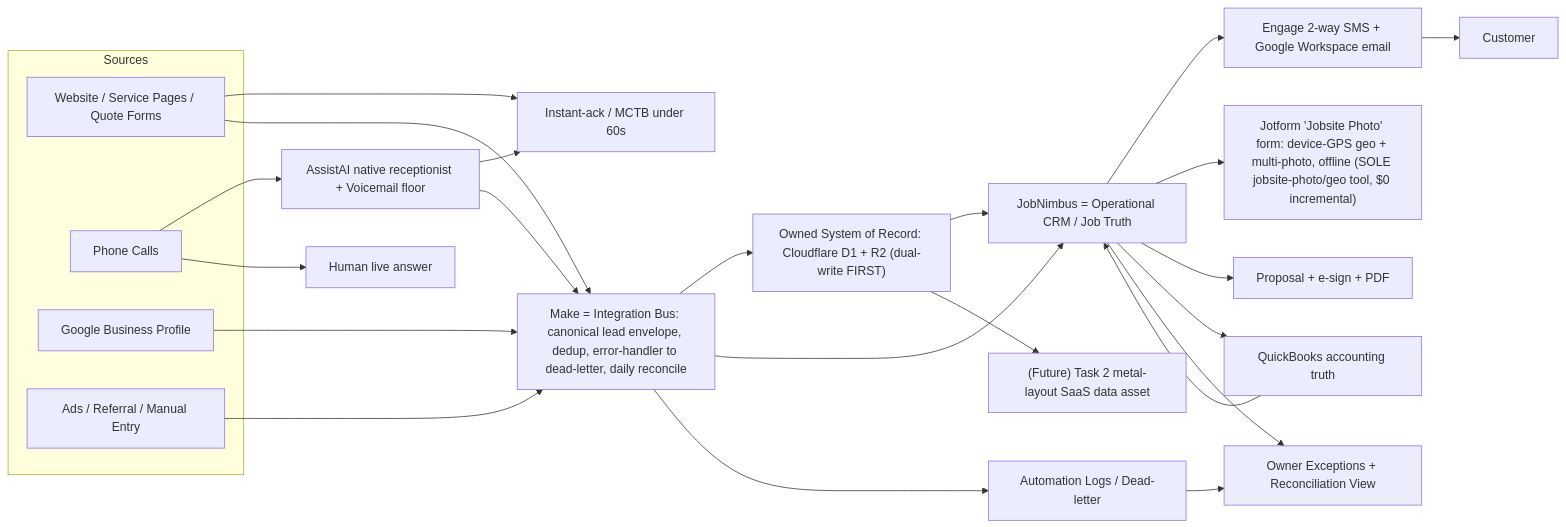
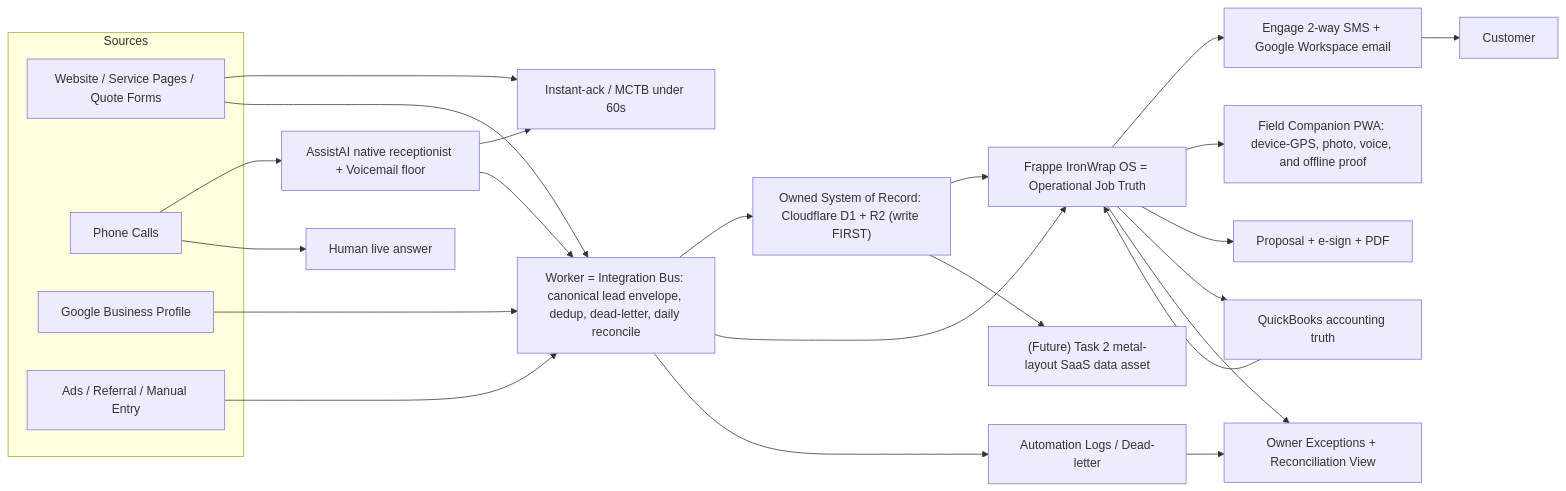
One commit to Iron-Wrap/ironwrap-os changed the first of 3 diagrams in final-spec-pack/01-system-architecture.md. Above: the diagram before and after it, drawn with Mermaid. The commit also changed other lines of this file and 42 other files, not shown here.

````diff
--- a/final-spec-pack/01-system-architecture.md
+++ b/final-spec-pack/01-system-architecture.md
@@ -10,34 +16,34 @@
 ```mermaid
 flowchart LR
   subgraph Sources
     Web["Website / Service Pages / Quote Forms"]
     Phone["Phone Calls"]
     GBP["Google Business Profile"]
     Refs["Ads / Referral / Manual Entry"]
   end
 
   Phone --> AssistAI["AssistAI native receptionist + Voicemail floor"]
   Phone --> Human["Human live answer"]
   AssistAI --> MCTB["Instant-ack / MCTB under 60s"]
   Web --> MCTB
   Web --> Bus
   AssistAI --> Bus
   GBP --> Bus
   Refs --> Bus
 
-  Bus["Make = Integration Bus: canonical lead envelope, dedup, error-handler to dead-letter, daily reconcile"]
-  Bus --> Owned["Owned System of Record: Cloudflare D1 + R2 (dual-write FIRST)"]
-  Owned --> JN["JobNimbus = Operational CRM / Job Truth"]
+  Bus["Worker = Integration Bus: canonical lead envelope, dedup, dead-letter, daily reconcile"]
+  Bus --> Owned["Owned System of Record: Cloudflare D1 + R2 (write FIRST)"]
+  Owned --> JN["Frappe IronWrap OS = Operational Job Truth"]
   Bus --> JN
 
   JN --> Engage["Engage 2-way SMS + Google Workspace email"]
   Engage --> Customer["Customer"]
-  JN --> Jotform["Jotform 'Jobsite Photo' form: device-GPS geo + multi-photo, offline (SOLE jobsite-photo/geo tool, $0 incremental)"]
+  JN --> Jotform["Field Companion PWA: device-GPS, photo, voice, and offline proof"]
   JN --> Proposal["Proposal + e-sign + PDF"]
   JN --> QB["QuickBooks accounting truth"]
   QB --> JN
   JN --> Exceptions["Owner Exceptions + Reconciliation View"]
   Bus --> Logs["Automation Logs / Dead-letter"]
   Logs --> Exceptions
   Owned --> Task2["(Future) Task 2 metal-layout SaaS data asset"]
 ```
````
